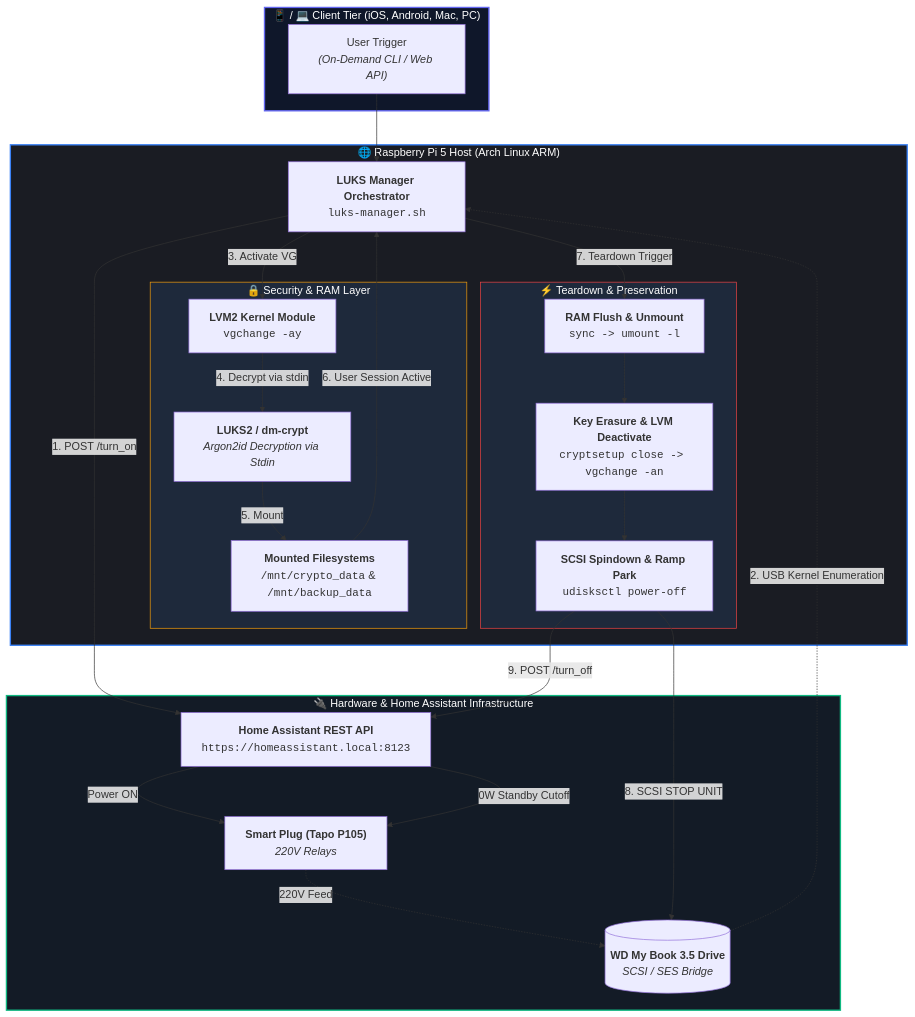
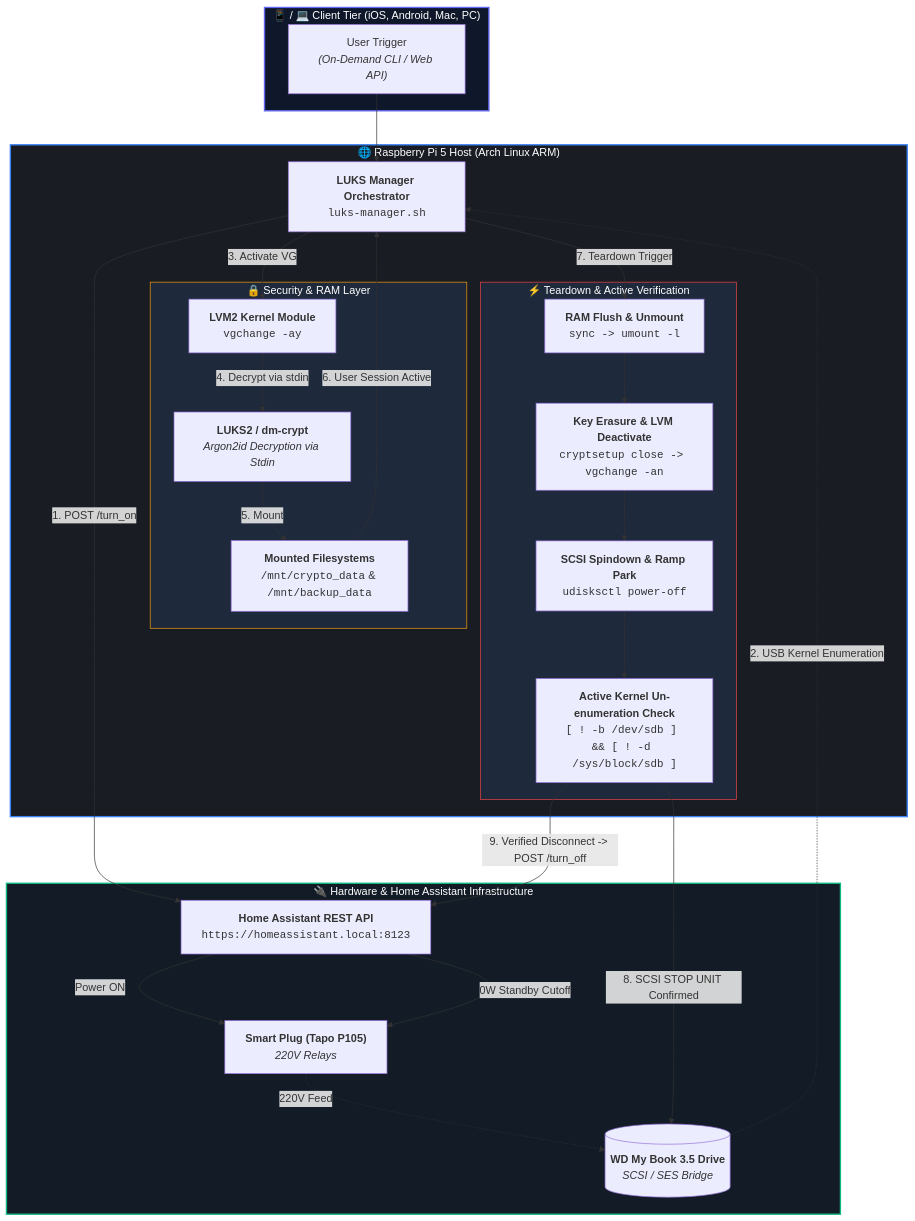
The diagram in README.md (a-cifrodelli/luks-companion), drawn with Mermaid before and after one commit. The commit also changed other lines of this file and 1 other file, not shown here.

Commit message:
feat(core): add active kernel verification for drive un-enumeration before 220V power cutoff
- Implement active polling on `/sys/block/` and device nodes after `udisksctl power-off` to verify SCSI head parking and USB bus ejection before sending 220V power cutoff to Home Assistant.
- Update luks-manager.sh to dynamically resolve physical block devices and eliminate fixed timing assumptions.
- Update README.md with revised Mermaid architecture flowchart and documented active safety verification guarantees.

````diff
--- a/README.md
+++ b/README.md
@@ -18,56 +18,58 @@
 ```mermaid
 flowchart TD
     subgraph CLIENTS ["📱 / 💻 Client Tier (iOS, Android, Mac, PC)"]
         UserTrigger["User Trigger<br/><i>(On-Demand CLI / Web API)</i>"]
     end
 
     subgraph RPI ["🌐 Raspberry Pi 5 Host (Arch Linux ARM)"]
         Orchestrator["<b>LUKS Manager Orchestrator</b><br/><code>luks-manager.sh</code>"]
         
         subgraph SEC ["🔒 Security & RAM Layer"]
             LVM["<b>LVM2 Kernel Module</b><br/><code>vgchange -ay</code>"]
             LUKS["<b>LUKS2 / dm-crypt</b><br/><i>Argon2id Decryption via Stdin</i>"]
             Mounts["<b>Mounted Filesystems</b><br/><code>/mnt/crypto_data</code> & <code>/mnt/backup_data</code>"]
         end
         
-        subgraph TEARDOWN ["⚡ Teardown & Preservation"]
+        subgraph TEARDOWN ["⚡ Teardown & Active Verification"]
             Sync["<b>RAM Flush & Unmount</b><br/><code>sync -> umount -l</code>"]
             Purge["<b>Key Erasure & LVM Deactivate</b><br/><code>cryptsetup close -> vgchange -an</code>"]
             Spindown["<b>SCSI Spindown & Ramp Park</b><br/><code>udisksctl power-off</code>"]
+            Verify["<b>Active Kernel Un-enumeration Check</b><br/><code>[ ! -b /dev/sdb ] && [ ! -d /sys/block/sdb ]</code>"]
         end
     end
 
     subgraph EXTERNAL ["🔌 Hardware & Home Assistant Infrastructure"]
         HA["<b>Home Assistant REST API</b><br/><code>https://homeassistant.local:8123</code>"]
         Tapo["<b>Smart Plug (Tapo P105)</b><br/><i>220V Relays</i>"]
         Drive[("<b>WD My Book 3.5 Drive</b><br/><i>SCSI / SES Bridge</i>")]
     end
 
     %% Flow Relationships
     UserTrigger --> Orchestrator
     Orchestrator -->|1. POST /turn_on| HA
     HA -->|Power ON| Tapo
     Tapo -.->|220V Feed| Drive
     Drive -.->|2. USB Kernel Enumeration| Orchestrator
     
     Orchestrator -->|3. Activate VG| LVM
     LVM -->|4. Decrypt via stdin| LUKS
     LUKS -->|5. Mount| Mounts
     
     Mounts -->|6. User Session Active| Orchestrator
     
     Orchestrator -->|7. Teardown Trigger| Sync
     Sync --> Purge
     Purge --> Spindown
-    Spindown -->|8. SCSI STOP UNIT| Drive
-    Spindown -->|9. POST /turn_off| HA
+    Spindown --> Verify
+    Verify -->|8. SCSI STOP UNIT Confirmed| Drive
+    Verify -->|9. Verified Disconnect -> POST /turn_off| HA
     HA -->|0W Standby Cutoff| Tapo
 
     %% Styling
     classDef default font-family:sans-serif;
     style RPI fill:#1a1c23,stroke:#3b82f6,stroke-width:2px,color:#fff
     style EXTERNAL fill:#131b26,stroke:#10b981,stroke-width:2px,color:#fff
     style SEC fill:#1e293b,stroke:#f59e0b,stroke-width:1px,color:#fff
     style TEARDOWN fill:#1e293b,stroke:#ef4444,stroke-width:1px,color:#fff
     style CLIENTS fill:#0f172a,stroke:#6366f1,stroke-width:2px,color:#fff
 ```
````
